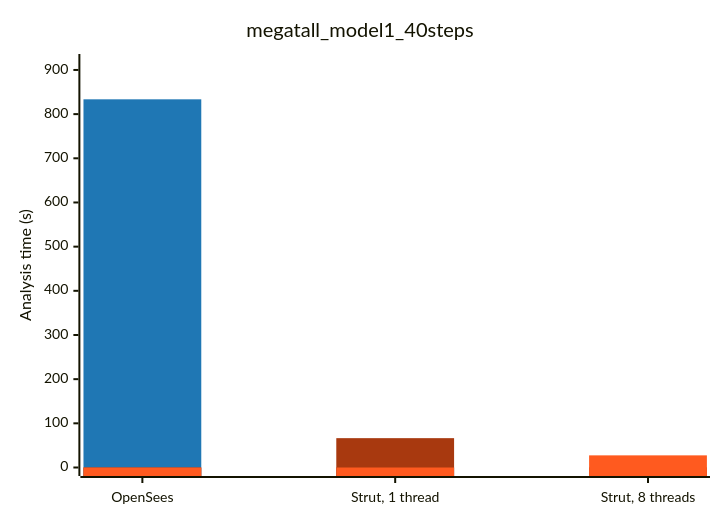
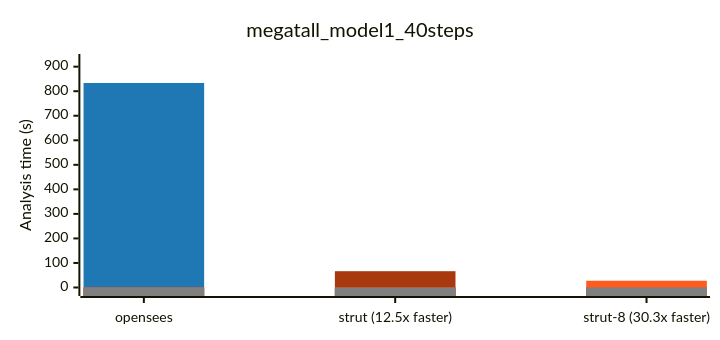
One commit to NathanaelRea/Strut changed the first of 5 diagrams in docs/benchmark-opensees-examples.md. Above: the diagram before and after it, drawn with Mermaid. The commit also changed other lines of this file and 5 other files, not shown here.

````diff
--- a/docs/benchmark-opensees-examples.md
+++ b/docs/benchmark-opensees-examples.md
@@ -16,15 +23,18 @@
 ```mermaid
 ---
 config:
+  xyChart:
+    height: 320
   themeVariables:
     xyChart:
-      plotColorPalette: '#1f77b4, #a8390f, #FF5A1F'
+      plotColorPalette: '#1f77b4, #a8390f, #FF5A1F, #808080'
 ---
 xychart-beta
     title "megatall_model1_40steps"
-    x-axis ["OpenSees", "Strut, 1 thread", "Strut, 8 threads"]
-    y-axis "Analysis time (s)" 0 --> 916.884
-    bar "OS" [833.530, 0.0, 0.0]
-    bar "STR1" [0.0, 66.435, 0.0]
-    bar "STR" [0.0, 0.0, 27.474]
+    x-axis ["opensees", "strut (12.5x faster)", "strut-8 (30.3x faster)"]
+    y-axis "Analysis time (s)" 0 --> 917
+    bar [833.530, 0, 0]
+    bar [0, 66.435, 0]
+    bar [0, 0, 27.474]
+    bar [0, 0, 0]
 ```
````
